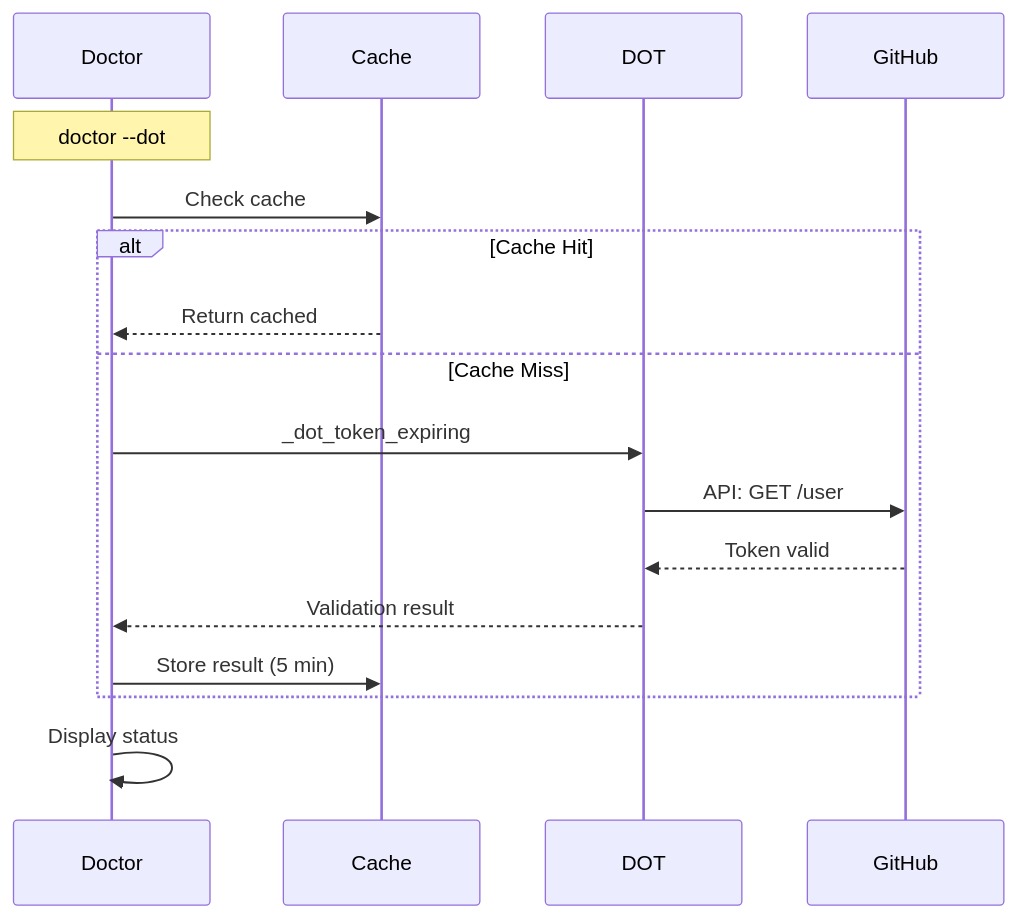
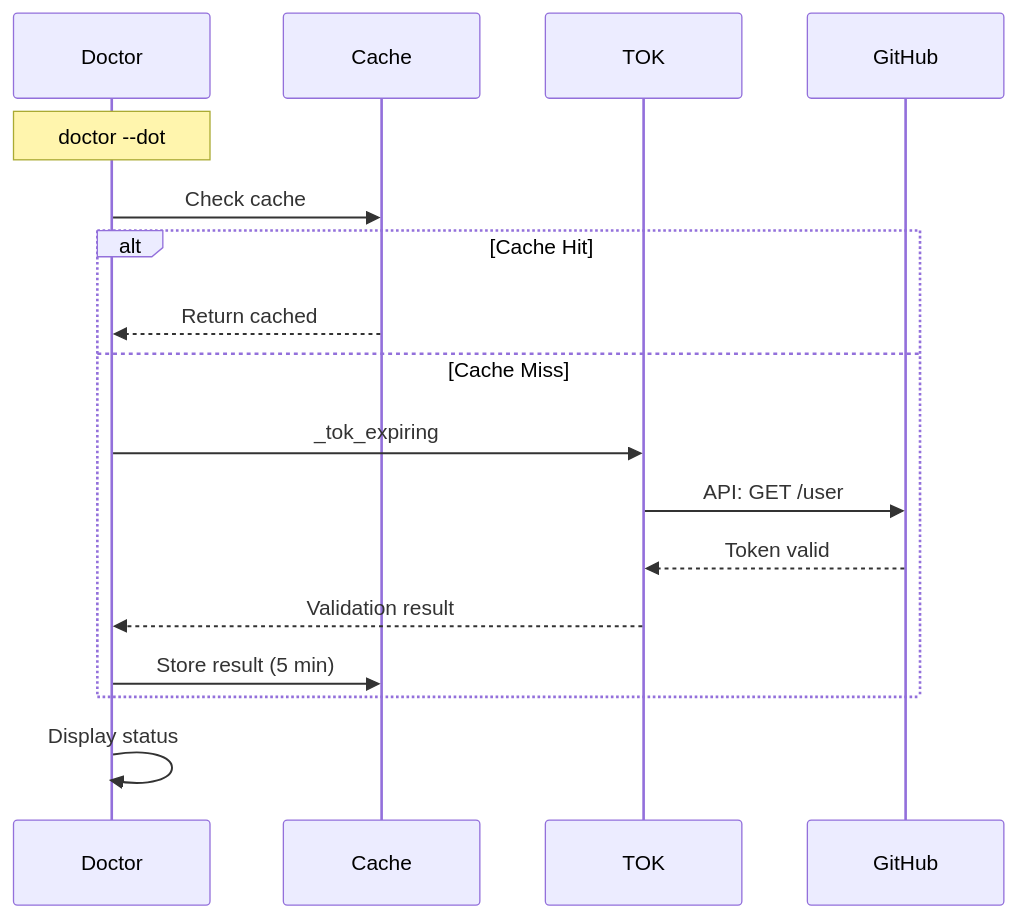
The fourth of 5 diagrams in docs/architecture/DOCTOR-TOKEN-ARCHITECTURE.md (Data-Wise/flow-cli), drawn with Mermaid before and after one commit. The commit also changed other lines of this file and 91 other files, not shown here.

First line of the commit message:
feat: split dot dispatcher into dots, sec, tok (#381)

````diff
--- a/docs/architecture/DOCTOR-TOKEN-ARCHITECTURE.md
+++ b/docs/architecture/DOCTOR-TOKEN-ARCHITECTURE.md
@@ -262,22 +262,22 @@
 ```mermaid
 sequenceDiagram
     participant Doctor
     participant Cache
-    participant DOT
+    participant TOK
     participant GitHub
 
     Note over Doctor: doctor --dot
 
     Doctor->>Cache: Check cache
     alt Cache Hit
         Cache-->>Doctor: Return cached
     else Cache Miss
-        Doctor->>DOT: _dot_token_expiring
-        DOT->>GitHub: API: GET /user
-        GitHub-->>DOT: Token valid
-        DOT-->>Doctor: Validation result
+        Doctor->>TOK: _tok_expiring
+        TOK->>GitHub: API: GET /user
+        GitHub-->>TOK: Token valid
+        TOK-->>Doctor: Validation result
         Doctor->>Cache: Store result (5 min)
     end
 
     Doctor->>Doctor: Display status
 ```
````
